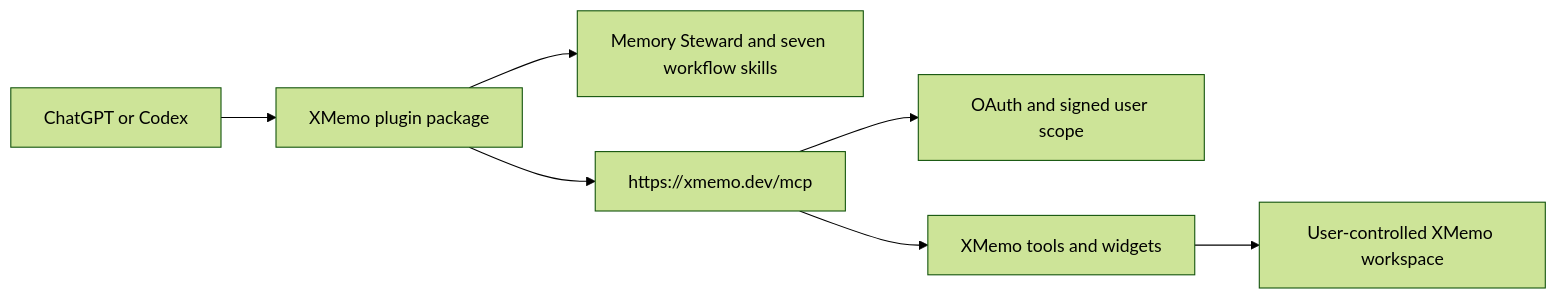
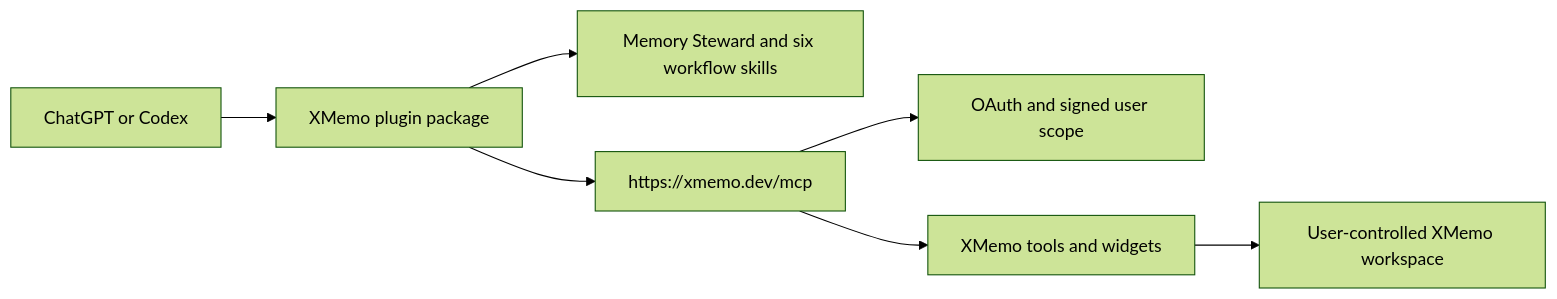
One commit to yonro/xmemo-chatgpt-plugin changed the diagram in README.md. Above: the diagram before and after it, drawn with Mermaid (forest theme). The commit also changed other lines of this file and 24 other files, not shown here.

First line of the commit message:
Audit 1.0.2 guidelines and consolidate to seven skills (#5)

````diff
--- a/README.md
+++ b/README.md
@@ -61,9 +60,9 @@
 ```mermaid
 flowchart LR
     A["ChatGPT or Codex"] --> P["XMemo plugin package"]
-    P --> S["Memory Steward and seven workflow skills"]
+    P --> S["Memory Steward and six workflow skills"]
     P --> M["https://xmemo.dev/mcp"]
     M --> O["OAuth and signed user scope"]
     M --> T["XMemo tools and widgets"]
     T --> D["User-controlled XMemo workspace"]
 ```
````
